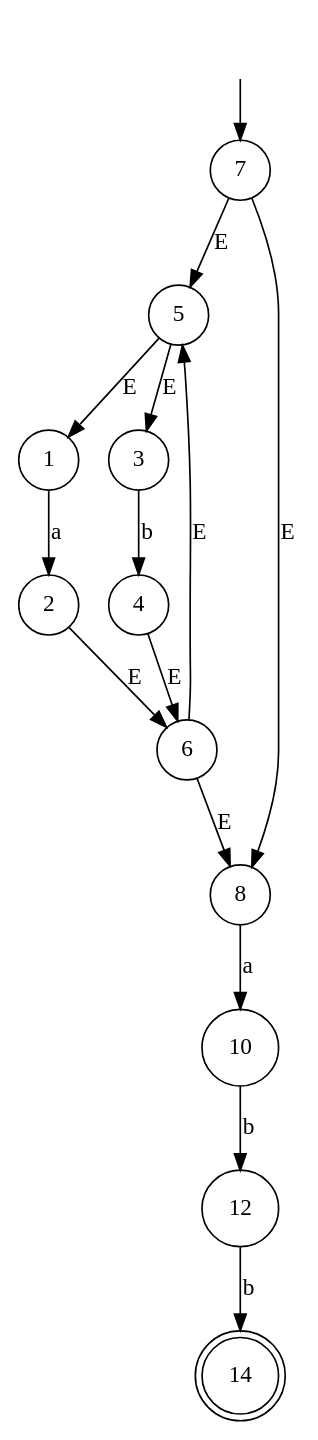
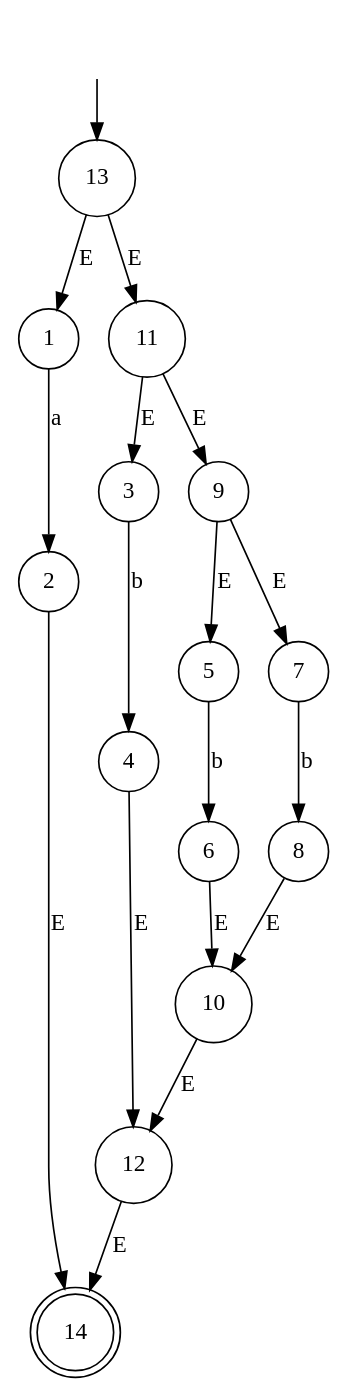
The diagram in dots/nfa.dot (ihewro/qt-lexical-analyzer), drawn with Graphviz before and after one commit. The commit also changed 7 other files, not shown here.

```diff
--- a/dots/nfa.dot
+++ b/dots/nfa.dot
@@ -1,29 +1,35 @@
 digraph G{
     ""[shape=none]
     "1"[shape=circle]
     "2"[shape=circle]
     "3"[shape=circle]
     "4"[shape=circle]
     "5"[shape=circle]
     "6"[shape=circle]
     "7"[shape=circle]
     "8"[shape=circle]
+    "9"[shape=circle]
     "10"[shape=circle]
+    "11"[shape=circle]
     "12"[shape=circle]
+    "13"[shape=circle]
     "14"[shape=doublecircle]
 
-    ""->"7"
+    ""->"13"
     "1" -> 2[label="a"]
-    "2" -> 6[label="E"]
+    "2" -> 14[label="E"]
     "3" -> 4[label="b"]
-    "4" -> 6[label="E"]
-    "5" -> 1[label="E"]
-    "5" -> 3[label="E"]
-    "6" -> 5[label="E"]
-    "6" -> 8[label="E"]
-    "7" -> 5[label="E"]
-    "7" -> 8[label="E"]
-    "8" -> 10[label="a"]
-    "10" -> 12[label="b"]
-    "12" -> 14[label="b"]
+    "4" -> 12[label="E"]
+    "5" -> 6[label="b"]
+    "6" -> 10[label="E"]
+    "7" -> 8[label="b"]
+    "8" -> 10[label="E"]
+    "9" -> 5[label="E"]
+    "9" -> 7[label="E"]
+    "10" -> 12[label="E"]
+    "11" -> 3[label="E"]
+    "11" -> 9[label="E"]
+    "12" -> 14[label="E"]
+    "13" -> 1[label="E"]
+    "13" -> 11[label="E"]
 }
```
